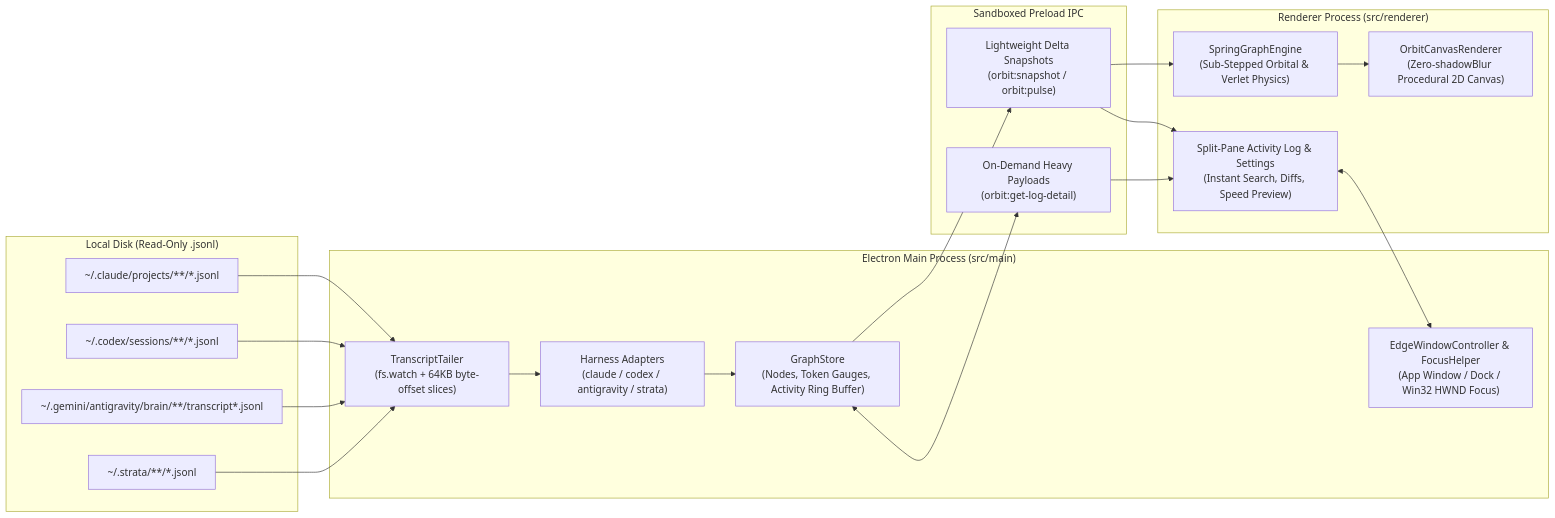
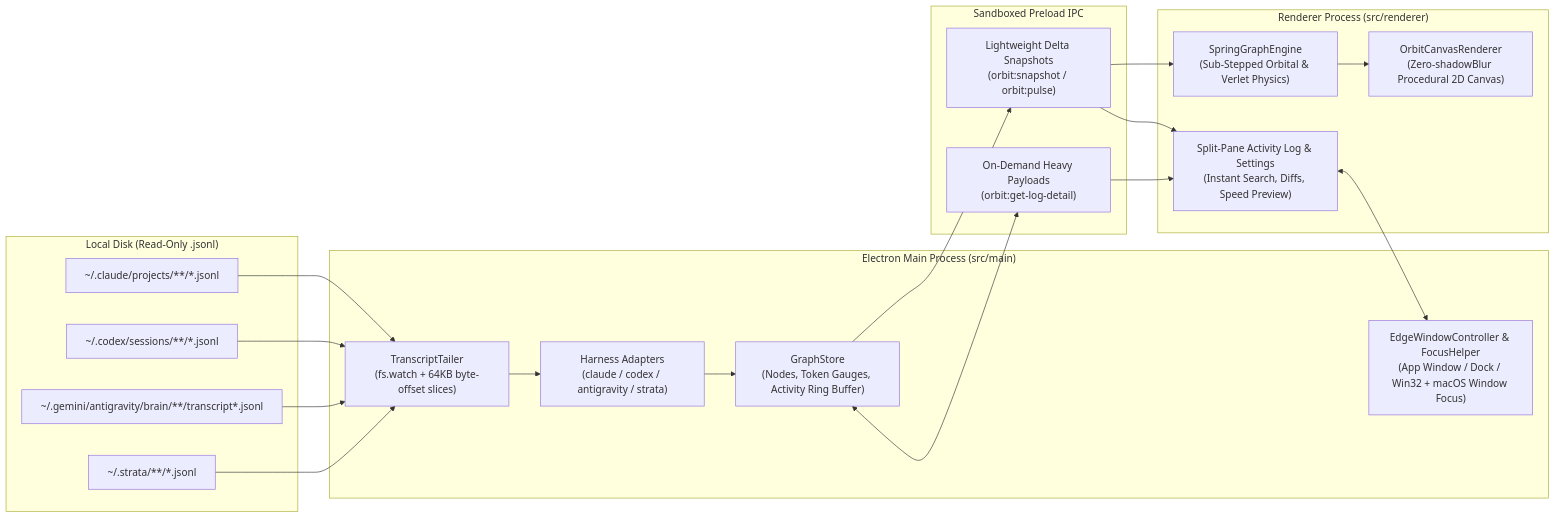
Before and after one commit to LGTM-Probably/agent-orbit: the diagram in docs/architecture.md, drawn with Mermaid. The commit also changed 3 other files, not shown here.

````diff
--- a/docs/architecture.md
+++ b/docs/architecture.md
@@ -7,37 +7,37 @@
 ```mermaid
 flowchart LR
   subgraph Disk["Local Disk (Read-Only .jsonl)"]
     C["~/.claude/projects/**/*.jsonl"]
     X["~/.codex/sessions/**/*.jsonl"]
     A["~/.gemini/antigravity/brain/**/transcript*.jsonl"]
     S["~/.strata/**/*.jsonl"]
   end
 
   subgraph Main["Electron Main Process (src/main)"]
     T["TranscriptTailer<br/>(fs.watch + 64KB byte-offset slices)"]
     AD["Harness Adapters<br/>(claude / codex / antigravity / strata)"]
     GS["GraphStore<br/>(Nodes, Token Gauges, Activity Ring Buffer)"]
-    EW["EdgeWindowController & FocusHelper<br/>(App Window / Dock / Win32 HWND Focus)"]
+    EW["EdgeWindowController & FocusHelper<br/>(App Window / Dock / Win32 + macOS Window Focus)"]
   end
 
   subgraph IPC["Sandboxed Preload IPC"]
     SNAP["Lightweight Delta Snapshots<br/>(orbit:snapshot / orbit:pulse)"]
     LAZY["On-Demand Heavy Payloads<br/>(orbit:get-log-detail)"]
   end
 
   subgraph Renderer["Renderer Process (src/renderer)"]
     PH["SpringGraphEngine<br/>(Sub-Stepped Orbital & Verlet Physics)"]
     CR["OrbitCanvasRenderer<br/>(Zero-shadowBlur Procedural 2D Canvas)"]
     UI["Split-Pane Activity Log & Settings<br/>(Instant Search, Diffs, Speed Preview)"]
   end
 
   C & X & A & S --> T
   T --> AD
   AD --> GS
   GS --> SNAP
   GS <--> LAZY
   SNAP --> PH & UI
   LAZY --> UI
   PH --> CR
   UI <--> EW
 ```
````
